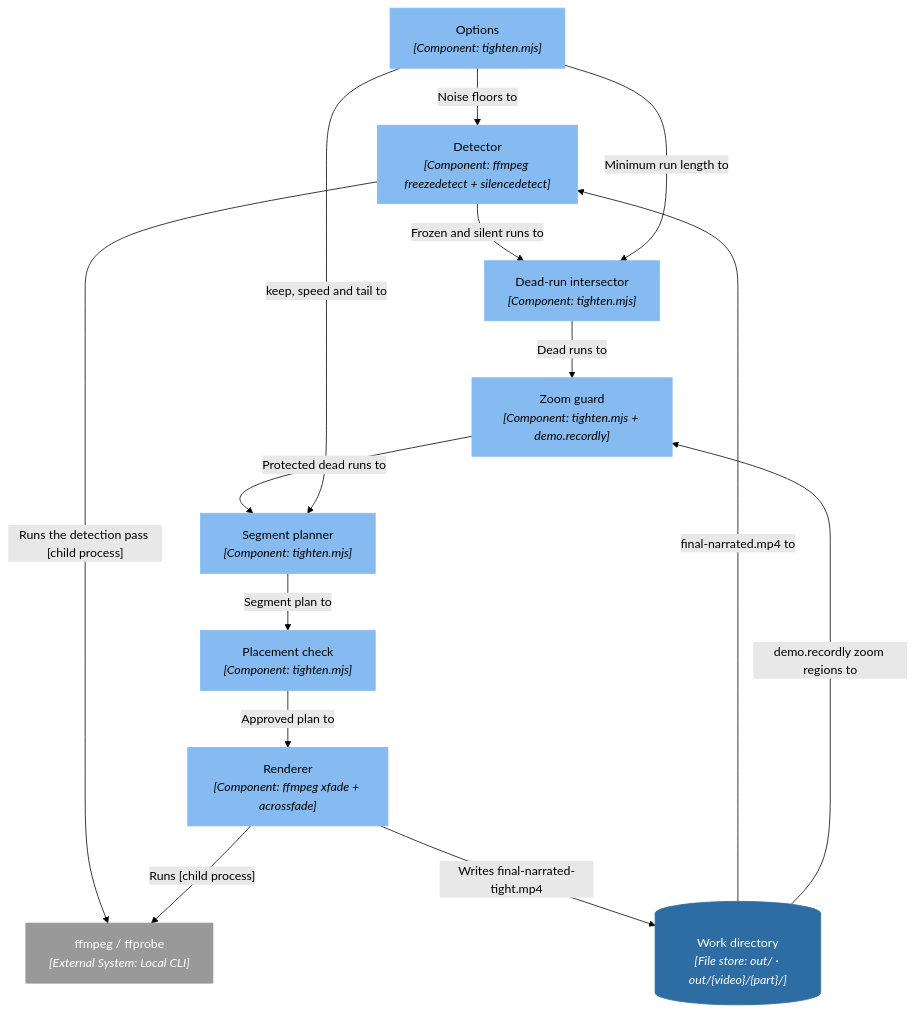
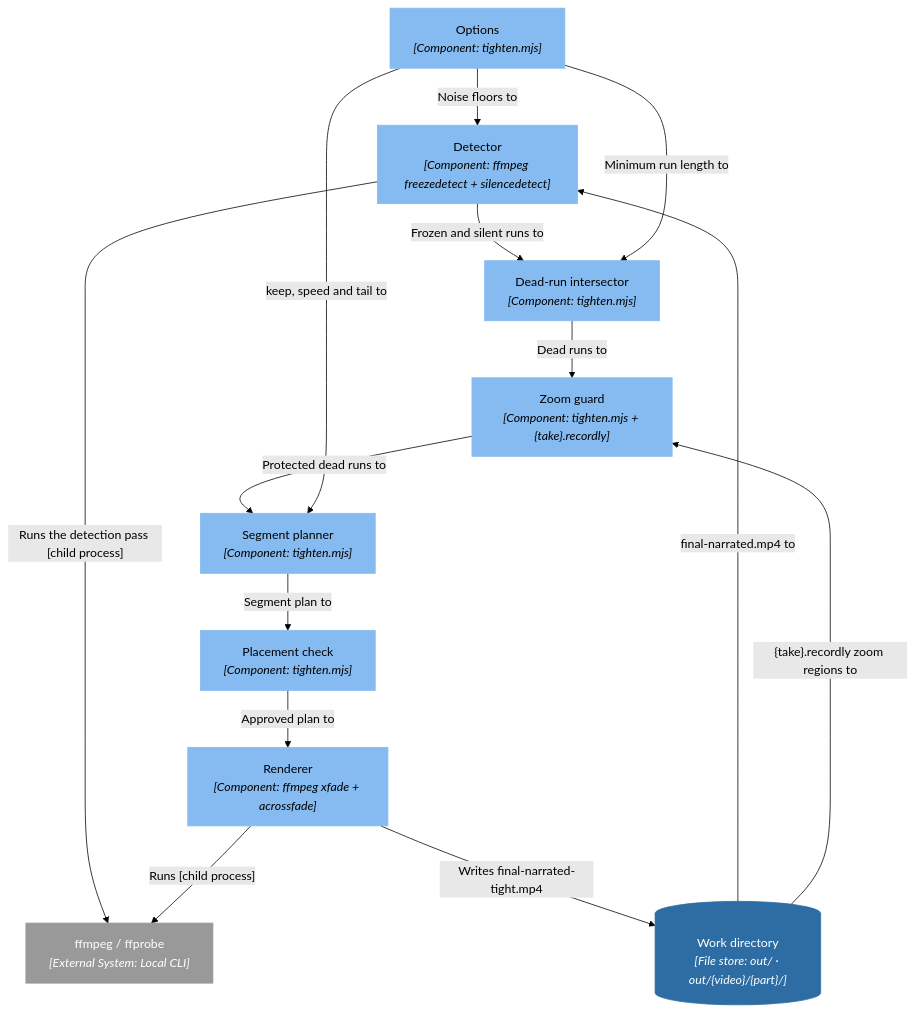
One commit to ssunduko/product-video changed the tenth of 13 diagrams in docs/C4.md. Above: the diagram before and after it, drawn with Mermaid (forest theme). The commit also changed other lines of this file and 16 other files, not shown here.

First line of the commit message:
Add click-tracking video, sample reference video, per-take zoom project name

````diff
--- a/docs/C4.md
+++ b/docs/C4.md
@@ -681,34 +681,34 @@
 ```mermaid
 flowchart TD
   n90["Options<br/><i>[Component: tighten.mjs]</i>"]
   n91["Detector<br/><i>[Component: ffmpeg freezedetect + silencedetect]</i>"]
   n92["Dead-run intersector<br/><i>[Component: tighten.mjs]</i>"]
-  n93["Zoom guard<br/><i>[Component: tighten.mjs + demo.recordly]</i>"]
+  n93["Zoom guard<br/><i>[Component: tighten.mjs + {take}.recordly]</i>"]
   n94["Segment planner<br/><i>[Component: tighten.mjs]</i>"]
   n95["Placement check<br/><i>[Component: tighten.mjs]</i>"]
   n96["Renderer<br/><i>[Component: ffmpeg xfade + acrossfade]</i>"]
   n22[("Work directory<br/><i>[File store: out/ · out/{video}/{part}/]</i>")]
   n5["ffmpeg / ffprobe<br/><i>[External System: Local CLI]</i>"]
   n22 -->|"final-narrated.mp4 to"| n91
   n91 -->|"Runs the detection pass [child process]"| n5
   n90 -->|"Noise floors to"| n91
   n91 -->|"Frozen and silent runs to"| n92
   n90 -->|"Minimum run length to"| n92
   n92 -->|"Dead runs to"| n93
-  n22 -->|"demo.recordly zoom regions to"| n93
+  n22 -->|"{take}.recordly zoom regions to"| n93
   n93 -->|"Protected dead runs to"| n94
   n90 -->|"keep, speed and tail to"| n94
   n94 -->|"Segment plan to"| n95
   n95 -->|"Approved plan to"| n96
   n96 -->|"Runs [child process]"| n5
   n96 -->|"Writes final-narrated-tight.mp4"| n22
   classDef person fill:#08427b,stroke:#08427b,color:#ffffff;
   classDef system fill:#1168bd,stroke:#1168bd,color:#ffffff;
   classDef external fill:#999999,stroke:#999999,color:#ffffff;
   classDef container fill:#438dd5,stroke:#438dd5,color:#ffffff;
   classDef store fill:#2e6da4,stroke:#2e6da4,color:#ffffff;
   classDef component fill:#85bbf0,stroke:#85bbf0,color:#000000;
   class n5 external;
   class n22 store;
   class n90,n91,n92,n93,n94,n95,n96 component;
 ```
````
